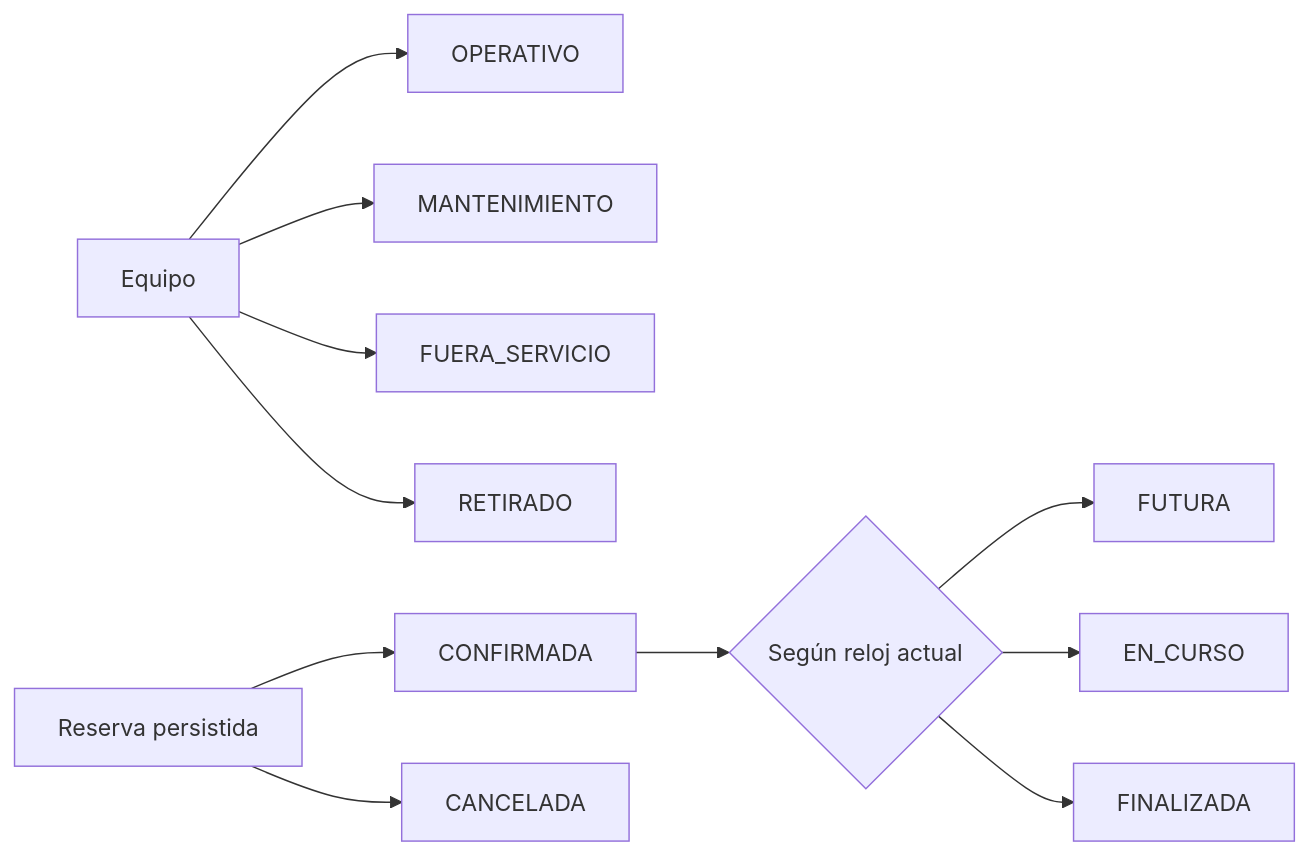
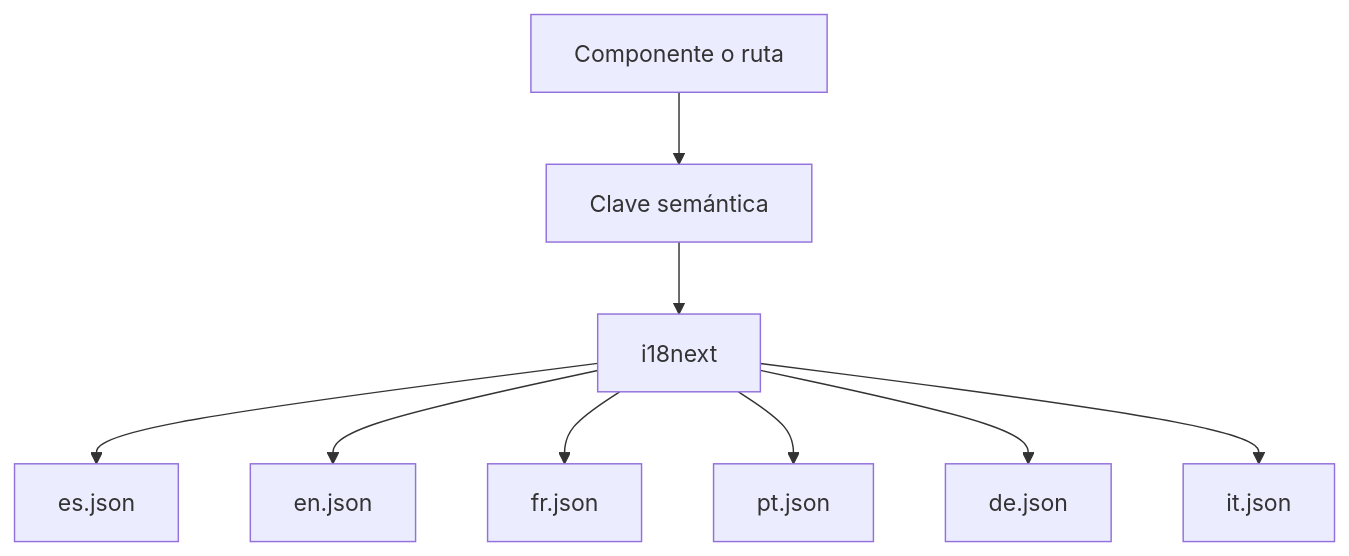
One commit to lisudea/technical-test-2026-2 changed diagram 13 of 19 in lisource-frontend/README.md. Above: the diagram before and after it, drawn with Mermaid. The commit also changed other lines of this file and 1 other file, not shown here.

````diff
--- a/lisource-frontend/README.md
+++ b/lisource-frontend/README.md
@@ -767,15 +731,11 @@
 ```mermaid
-flowchart LR
-  EQ[Equipo] --> EO[OPERATIVO]
-  EQ --> EM[MANTENIMIENTO]
-  EQ --> EF[FUERA_SERVICIO]
-  EQ --> ER[RETIRADO]
-
-  R[Reserva persistida] --> RC[CONFIRMADA]
-  R --> RX[CANCELADA]
-
-  RC --> D{Según reloj actual}
-  D --> RF[FUTURA]
-  D --> RE[EN_CURSO]
-  D --> RT[FINALIZADA]
+flowchart TD
+  Component[Componente o ruta] --> Key[Clave semántica]
+  Key --> I18next[i18next]
+  I18next --> ES[es.json]
+  I18next --> EN[en.json]
+  I18next --> FR[fr.json]
+  I18next --> PT[pt.json]
+  I18next --> DE[de.json]
+  I18next --> IT[it.json]
 ```
````
